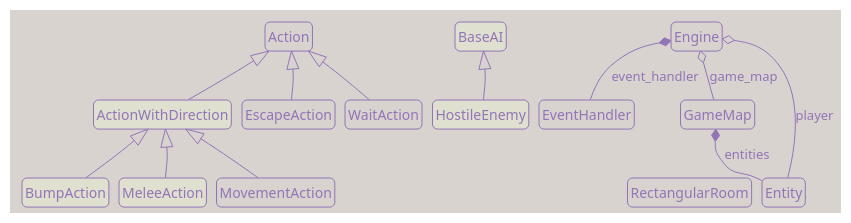
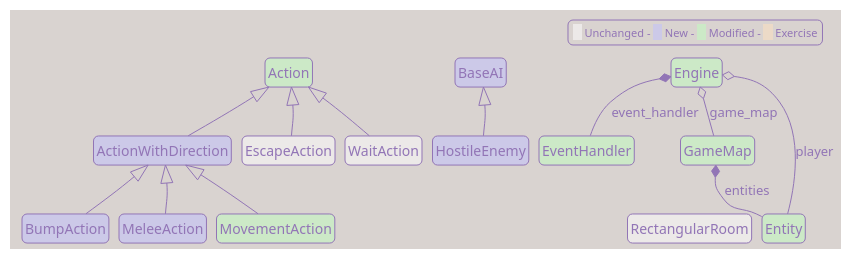
One commit to Darky-Lucera/roguelike-tutorial-python-tcod changed the diagram in uml/part5_classes.puml. Above: the diagram before and after it, drawn with PlantUML. The commit also changed 64 other files, not shown here.

Commit message:
Improve class diagrams. Minor changes

```diff
--- a/uml/part5_classes.puml
+++ b/uml/part5_classes.puml
@@ -1,156 +1,161 @@
 @startuml classes
 
 !theme mimeograph
 
 top to bottom direction
 
 hide members
 
 hide circle
 
 skinparam roundcorner 10
+skinparam classBackgroundColor #ece9e8
 
 skinparam noteFontSize 10
 skinparam noteBorderThickness 1
 skinparam noteMargin 2
 skinparam notePadding 2
 
 skinparam nodesep 10
 skinparam ranksep 30
 
 set namespaceSeparator none
 
 '--------------------------------------
 ' Classes
 '--------------------------------------
-class "Action" as game.actions.Action {
+class "Action" as game.actions.Action #cce9c7 {
   {abstract}perform(engine: Engine, entity: Entity) -> None
 }
 
-class "ActionWithDirection" as game.actions.ActionWithDirection #e0e0d0 {
+class "ActionWithDirection" as game.actions.ActionWithDirection #ccc9e8 {
   dx : int
   dy : int
 }
 
-class "BaseAI" as game.components.ai.BaseAI #e0e0d0 {
+class "BaseAI" as game.components.ai.BaseAI #ccc9e8 {
   {abstract}perform(engine: Engine, entity: Entity) -> None
 }
 
-class "BumpAction" as game.actions.BumpAction #e0e0d0 {
+class "BumpAction" as game.actions.BumpAction #ccc9e8 {
   perform(engine: Engine, entity: Entity) -> None
 }
 
-class "Engine" as game.engine.Engine {
+class "Engine" as game.engine.Engine #cce9c7 {
   event_handler
   fading_memory : bool
   game_map
   memory : int
   player
   handle_enemy_turns() -> None
   handle_events(events: Iterable[Any]) -> None
   render(console: Console, context: Context) -> None
   run(context: Context, console: Console) -> None
   update_fov(radius: int) -> None
 }
 
-class "Entity" as game.entity.Entity {
+class "Entity" as game.entity.Entity #cce9c7 {
   ai : BaseAI | None
   blocks_movement : bool
   char : str
   color : tuple[int, int, int]
   name : str
   stays_visible : bool
   x : int
   y : int
   move(dx: int, dy: int) -> None
   set_position(x: int, y: int) -> None
   spawn(game_map: GameMap, x: int, y: int) -> Entity
 }
 
 class "EscapeAction" as game.actions.EscapeAction {
   perform(engine: Engine, entity: Entity) -> None
 }
 
-class "EventHandler" as game.input_handlers.EventHandler {
+class "EventHandler" as game.input_handlers.EventHandler #cce9c7 {
   dispatch(event: tcod.event.Event) -> Action | None
   event_keydown(event: tcod.event.KeyDown) -> Action | None
   event_quit(event: tcod.event.Quit) -> Action | None
 }
 
-class "GameMap" as game.map.game_map.GameMap {
+class "GameMap" as game.map.game_map.GameMap #cce9c7 {
   entities : set[Entity]
   explored : ndarray
   height : int
   memory : ndarray
   tiles : ndarray
   visible : ndarray
   width : int
   get_blocking_entity_at(x: int, y: int) -> Entity | None
   in_bounds(x: int, y: int) -> bool
   render(console: Console) -> None
 }
 
-class "HostileEnemy" as game.components.ai.HostileEnemy #e0e0d0 {
+class "HostileEnemy" as game.components.ai.HostileEnemy #ccc9e8 {
   perform(engine: Engine, entity: Entity) -> None
 }
 
-class "MeleeAction" as game.actions.MeleeAction #e0e0d0 {
+class "MeleeAction" as game.actions.MeleeAction #ccc9e8 {
   perform(engine: Engine, entity: Entity) -> None
 }
 
-class "MovementAction" as game.actions.MovementAction {
+class "MovementAction" as game.actions.MovementAction #cce9c7 {
   perform(engine: Engine, entity: Entity) -> None
 }
 
 class "RectangularRoom" as game.map.map_generator.RectangularRoom {
   center : tuple[int, int]
   inner : tuple[slice, slice]
   x1 : int
   x2
   y1 : int
   y2
   intersects(other: RectangularRoom) -> bool
 }
 
 class "WaitAction" as game.actions.WaitAction {
   {abstract}perform(engine: Engine, entity: Entity) -> None
 }
 
 '--------------------------------------
 ' Relations
 '--------------------------------------
 
 game.actions.ActionWithDirection --|> game.actions.Action
 game.actions.BumpAction --|> game.actions.ActionWithDirection
 game.actions.EscapeAction --|> game.actions.Action
 game.actions.MeleeAction --|> game.actions.ActionWithDirection
 game.actions.MovementAction --|> game.actions.ActionWithDirection
 game.actions.WaitAction --|> game.actions.Action
 game.components.ai.HostileEnemy --|> game.components.ai.BaseAI
 game.entity.Entity --* game.map.game_map.GameMap : entities
 game.input_handlers.EventHandler --* game.engine.Engine : event_handler
 game.entity.Entity --o game.engine.Engine : player
 game.map.game_map.GameMap --o game.engine.Engine : game_map
 
 '--------------------------------------
 ' Order Rules
 '--------------------------------------
 
 game.actions.Action -[hidden]down- game.actions.ActionWithDirection
 game.actions.Action -[hidden]down- game.actions.WaitAction
 game.actions.Action -[hidden]down- game.actions.EscapeAction
 
 game.actions.ActionWithDirection -[hidden]down- game.actions.BumpAction
 game.actions.ActionWithDirection -[hidden]down- game.actions.MeleeAction
 game.actions.ActionWithDirection -[hidden]down- game.actions.MovementAction
 
 game.components.ai.BaseAI -[hidden]down- game.components.ai.HostileEnemy
 
 game.engine.Engine -[hidden]down-  game.input_handlers.EventHandler
 game.engine.Engine -[hidden]down-  game.map.game_map.GameMap
 
 game.map.game_map.GameMap -[hidden]down- game.entity.Entity
 
 game.map.game_map.GameMap -[hidden]down- game.map.map_generator.RectangularRoom
 
+legend top right
+<size:11><back:#ece9e8>   </back> Unchanged - <back:#ccc9e8>   </back> New - <back:#cce9c7>   </back> Modified - <back:#ecdac7>   </back> Exercise</size>
+endlegend
+
 @enduml
```
